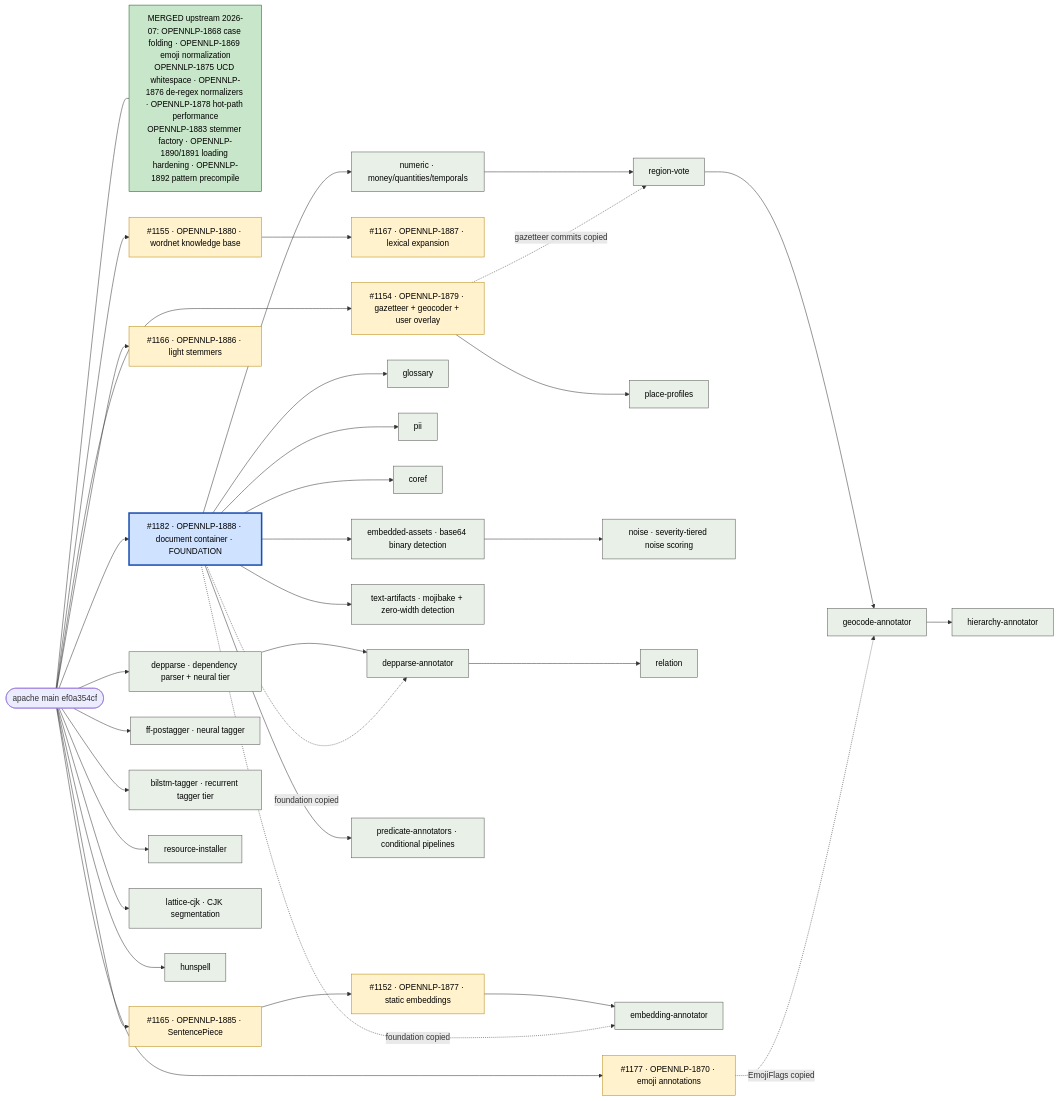
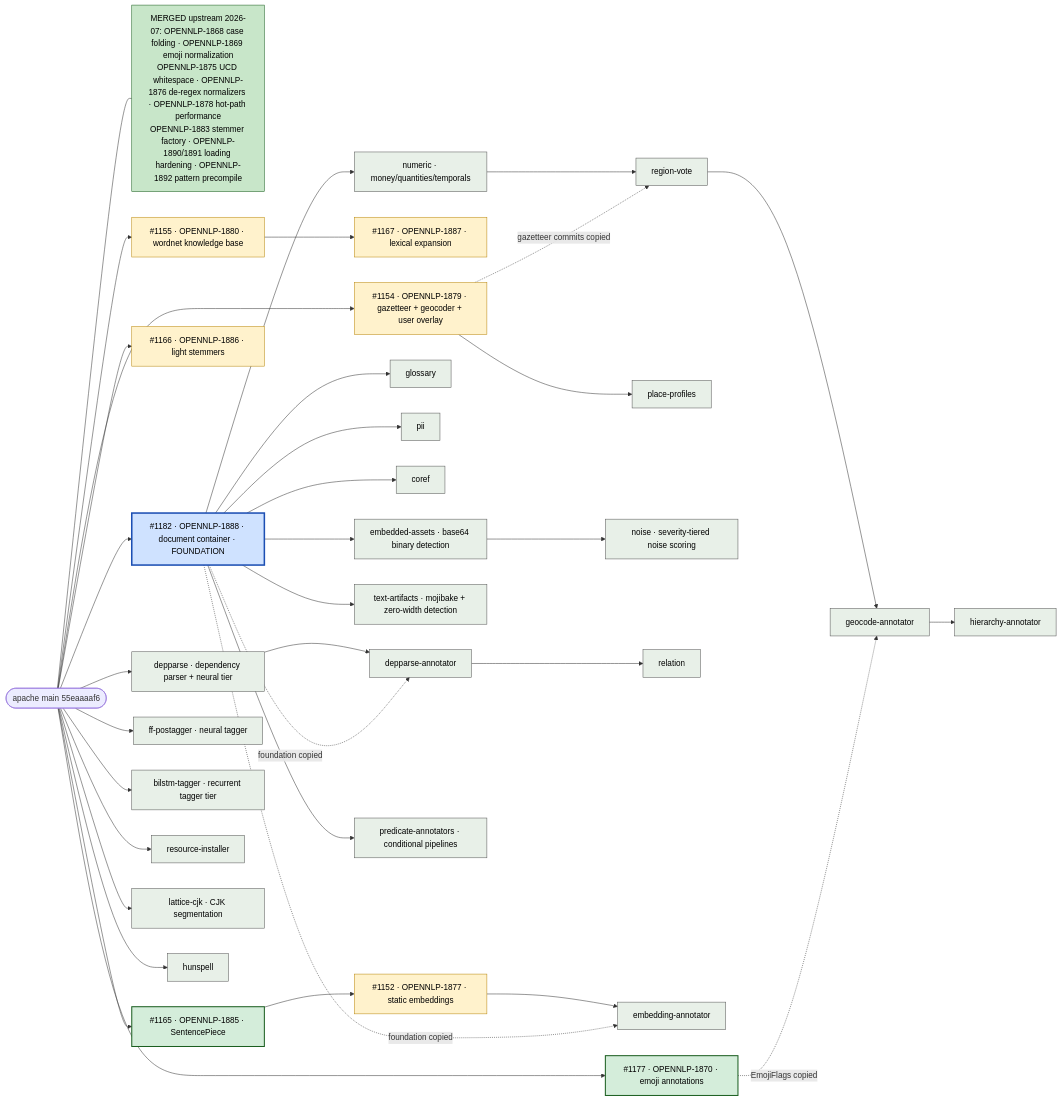
The diagram in RESEARCH_BRANCHES.md (ai-pipestream/opennlp), drawn with Mermaid before and after one commit. The commit also changed other lines of this file, not shown here.

Commit message:
RESEARCH_BRANCHES.md: 1888 and 1870 ready for review; main at 55eaaaaf6

````diff
--- a/RESEARCH_BRANCHES.md
+++ b/RESEARCH_BRANCHES.md
@@ -9,61 +9,63 @@
 ```mermaid
 flowchart LR
-  main([apache main ef0a354cf])
+  main([apache main 55eaaaaf6])
 
   merged["MERGED upstream 2026-07: OPENNLP-1868 case folding · OPENNLP-1869 emoji normalization<br/>OPENNLP-1875 UCD whitespace · OPENNLP-1876 de-regex normalizers · OPENNLP-1878 hot-path performance<br/>OPENNLP-1883 stemmer factory · OPENNLP-1890/1891 loading hardening · OPENNLP-1892 pattern precompile"]
   main --- merged
 
   %% ---- open pull requests against apache/opennlp ----
   main --> p1177["#1177 · OPENNLP-1870 · emoji annotations"]
   main --> p1182["#1182 · OPENNLP-1888 · document container · FOUNDATION"]
   main --> d1154["#1154 · OPENNLP-1879 · gazetteer + geocoder + user overlay"]
   main --> d1155["#1155 · OPENNLP-1880 · wordnet knowledge base"]
   d1155 --> d1167["#1167 · OPENNLP-1887 · lexical expansion"]
   main --> d1166["#1166 · OPENNLP-1886 · light stemmers"]
   main --> d1165["#1165 · OPENNLP-1885 · SentencePiece"]
   d1165 --> d1152["#1152 · OPENNLP-1877 · static embeddings"]
 
   %% ---- staged engines (this fork only) ----
   main --> depp["depparse · dependency parser + neural tier"]
   main --> fftag["ff-postagger · neural tagger"]
   main --> bilstm["bilstm-tagger · recurrent tagger tier"]
   main --> inst["resource-installer"]
   main --> cjk["lattice-cjk · CJK segmentation"]
   main --> huns["hunspell"]
   d1154 --> prof["place-profiles"]
 
   %% ---- staged annotators over the document container ----
   p1182 --> glos["glossary"]
   p1182 --> pii["pii"]
   p1182 --> coref["coref"]
   p1182 --> num["numeric · money/quantities/temporals"]
 
   %% ---- text-hygiene pack over the document container ----
   p1182 --> tart["text-artifacts · mojibake + zero-width detection"]
   p1182 --> asset["embedded-assets · base64 binary detection"]
   asset --> noiz["noise · severity-tiered noise scoring"]
   p1182 --> pred["predicate-annotators · conditional pipelines"]
 
   depp --> deppa["depparse-annotator"]
   p1182 -. foundation copied .-> deppa
   deppa --> rel["relation"]
 
   d1152 --> emb["embedding-annotator"]
   p1182 -. foundation copied .-> emb
 
   num --> rvote["region-vote"]
   d1154 -. gazetteer commits copied .-> rvote
   rvote --> geo["geocode-annotator"]
   p1177 -. EmojiFlags copied .-> geo
   geo --> hier["hierarchy-annotator"]
 
   classDef mergedC fill:#c8e6c9,stroke:#1b5e20,color:#000;
+  classDef ready fill:#d4edda,stroke:#1b5e20,color:#000,stroke-width:2px;
   classDef draft fill:#fff2cc,stroke:#b8860b,color:#000;
   classDef foundation fill:#cfe2ff,stroke:#1c4fb3,color:#000,stroke-width:3px;
   classDef cut fill:#e8f0e8,stroke:#555,color:#000;
 
   class merged mergedC;
-  class p1177,d1152,d1154,d1155,d1165,d1166,d1167 draft;
+  class p1177,d1165 ready;
+  class d1152,d1154,d1155,d1166,d1167 draft;
   class p1182 foundation;
   class depp,fftag,bilstm,inst,cjk,huns,prof,glos,pii,coref,num,tart,asset,noiz,pred,deppa,rel,geo,hier,rvote,emb cut;
 ```
````
